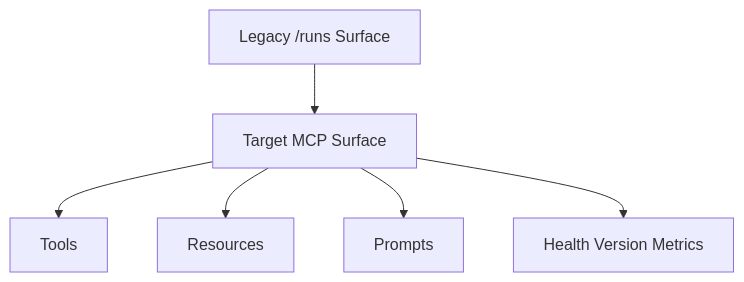
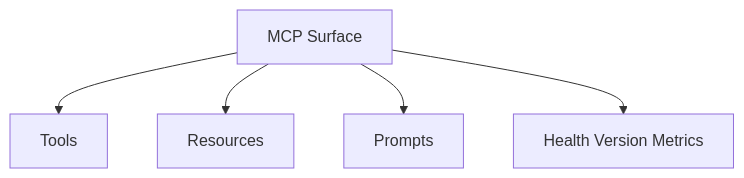
Before and after one commit to Tuee22/studioMCP: the diagram in documents/reference/mcp_surface.md, drawn with Mermaid. The commit also changed other lines of this file and 76 other files, not shown here.

````diff
--- a/documents/reference/mcp_surface.md
+++ b/documents/reference/mcp_surface.md
@@ -252,8 +251,7 @@
 ```mermaid
 flowchart TB
-  Legacy[Legacy /runs Surface] --> Target[Target MCP Surface]
-  Target --> Tools[Tools]
-  Target --> Resources[Resources]
-  Target --> Prompts[Prompts]
-  Target --> Ops[Health Version Metrics]
+  MCP[MCP Surface] --> Tools[Tools]
+  MCP --> Resources[Resources]
+  MCP --> Prompts[Prompts]
+  MCP --> Ops[Health Version Metrics]
 ```
````
